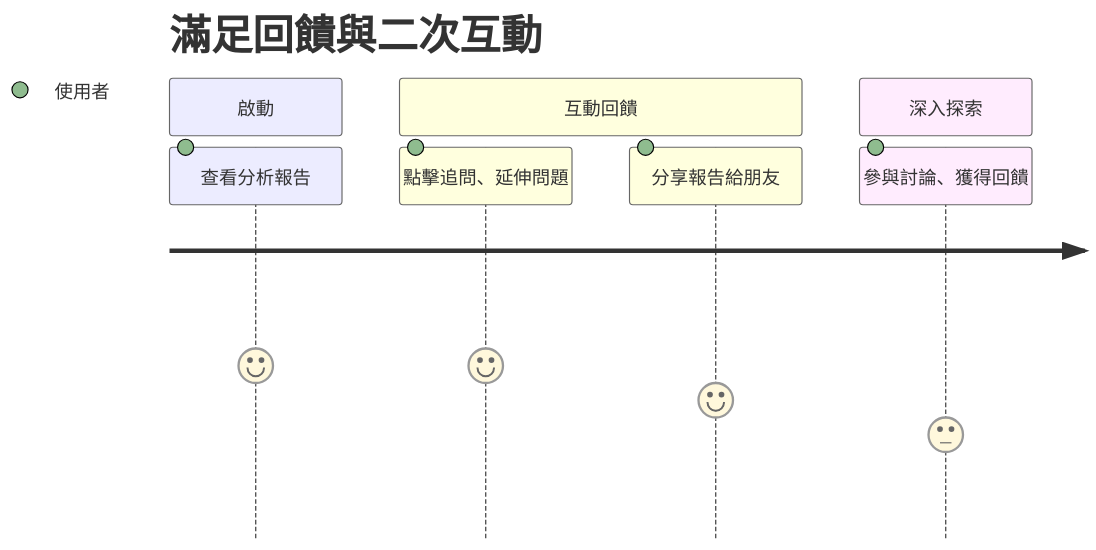
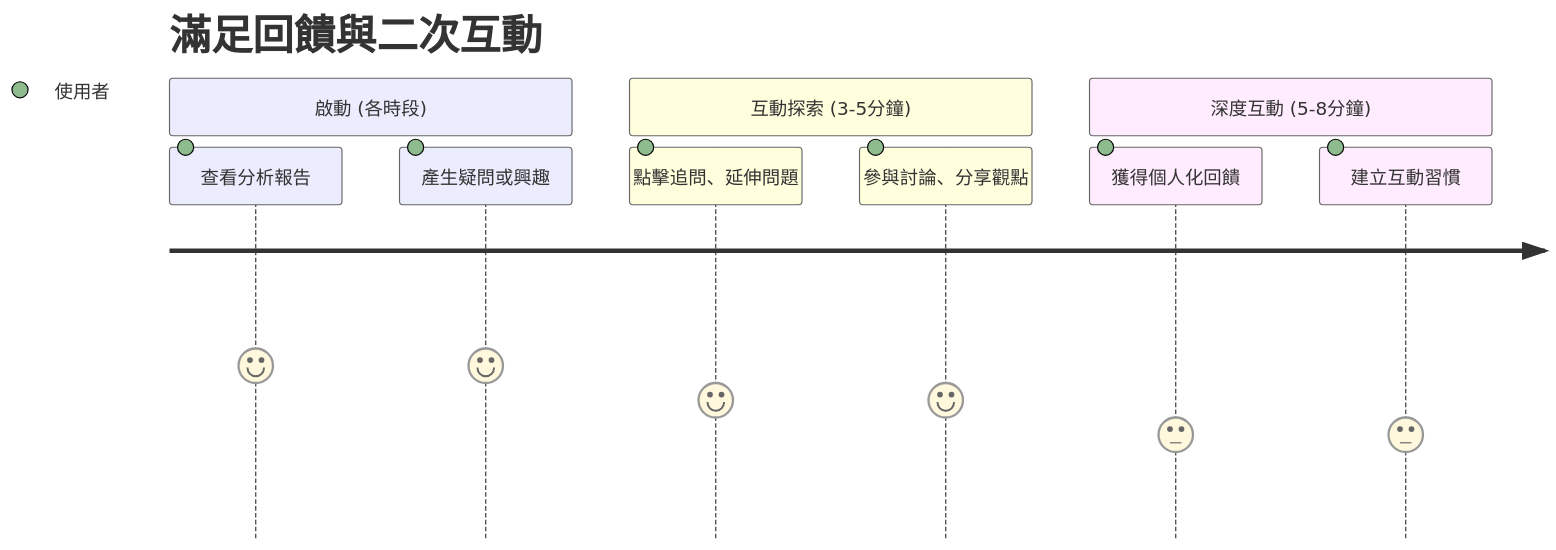
One commit to hihihowru/ai-chatbot-proxy changed the diagram in user_journey_map/yong-hulcheng-qi.md. Above: the diagram before and after it, drawn with Mermaid. The commit also changed other lines of this file and 7 other files, not shown here.

````diff
--- a/user_journey_map/yong-hulcheng-qi.md
+++ b/user_journey_map/yong-hulcheng-qi.md
@@ -8,11 +13,13 @@
 ```mermaid
 journey
     title 滿足回饋與二次互動
-    section 啟動
+    section 啟動 (各時段)
       查看分析報告: 5: 使用者
-    section 互動回饋
-      點擊追問、延伸問題: 5: 使用者
-      分享報告給朋友: 4: 使用者
-    section 深入探索
-      參與討論、獲得回饋: 3: 使用者
+      產生疑問或興趣: 5: 使用者
+    section 互動探索 (3-5分鐘)
+      點擊追問、延伸問題: 4: 使用者
+      參與討論、分享觀點: 4: 使用者
+    section 深度互動 (5-8分鐘)
+      獲得個人化回饋: 3: 使用者
+      建立互動習慣: 3: 使用者
 ```
````
